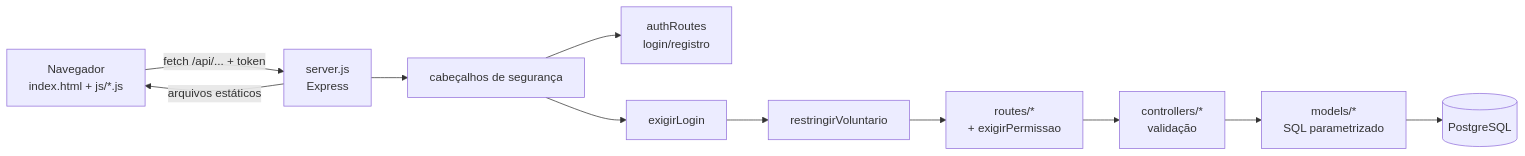
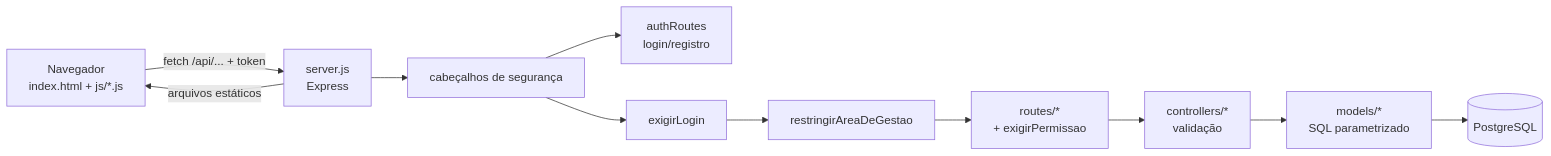
The diagram in docs/arquitetura.md (everton16luis-eng/PE1), drawn with Mermaid before and after one commit. The commit also changed other lines of this file and 36 other files, not shown here.

````diff
--- a/docs/arquitetura.md
+++ b/docs/arquitetura.md
@@ -7,13 +7,13 @@
 ```mermaid
 flowchart LR
     N[Navegador<br/>index.html + js/*.js] -- "fetch /api/... + token" --> S[server.js<br/>Express]
     S --> M1[cabeçalhos de segurança]
     M1 --> A[authRoutes<br/>login/registro]
     M1 --> L[exigirLogin]
-    L --> V[restringirVoluntario]
+    L --> V[restringirAreaDeGestao]
     V --> R[routes/*<br/>+ exigirPermissao]
     R --> C[controllers/*<br/>validação]
     C --> Mo[models/*<br/>SQL parametrizado]
     Mo --> DB[(PostgreSQL)]
     S -- "arquivos estáticos" --> N
 ```
````
